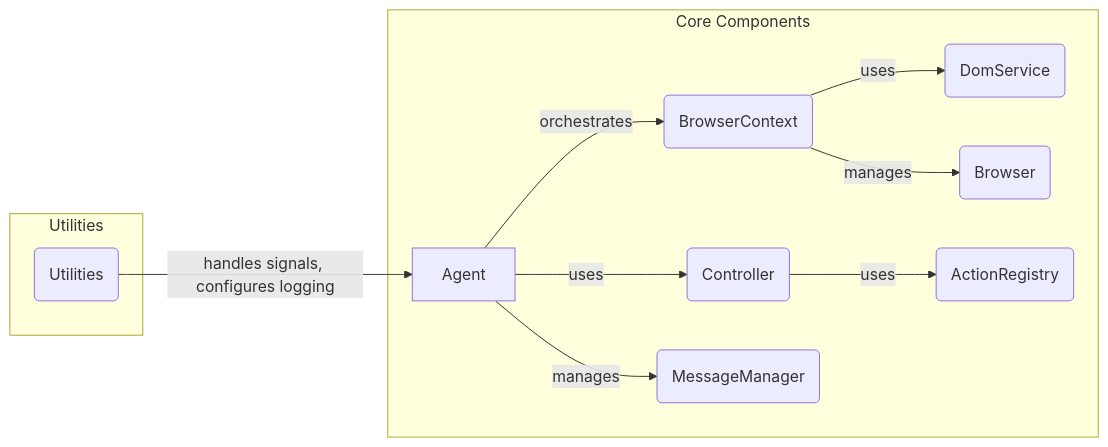
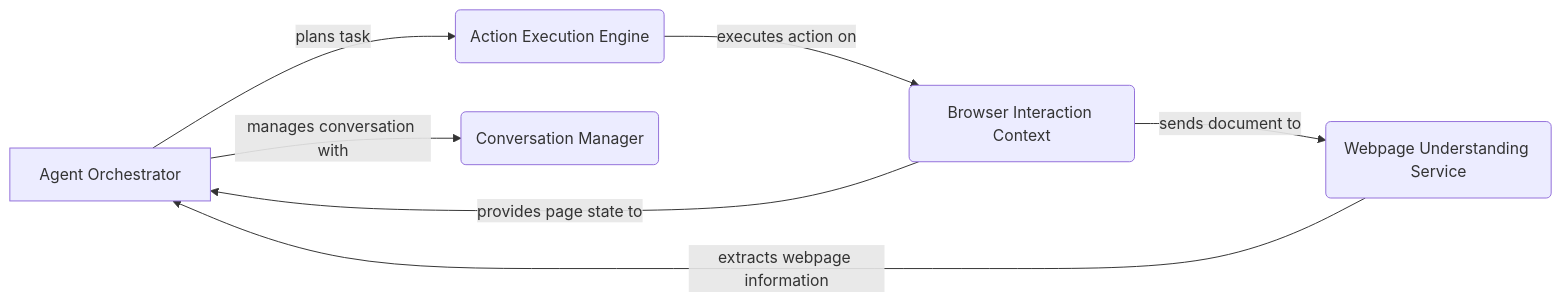
Before and after one commit to CodeBoarding/GeneratedOnBoardings: the diagram in browser-use/on_boarding.md, drawn with Mermaid. The commit also changed other lines of this file and 5 other files, not shown here.

````diff
--- a/browser-use/on_boarding.md
+++ b/browser-use/on_boarding.md
@@ -9,22 +9,9 @@
 ```mermaid
 graph LR
-    A[Agent] -- orchestrates --> B(BrowserContext)
-    A -- uses --> C(Controller)
-    A -- manages --> D(MessageManager)
-    B -- uses --> E(DomService)
-    C -- uses --> F(ActionRegistry)
-    B -- manages --> G(Browser)
-    H(Utilities) -- handles signals, configures logging --> A
-    subgraph Core Components
-    A
-    B
-    C
-    D
-    E
-    F
-    G
-    end
-    subgraph Utilities
-    H
-    end
+    A[Agent Orchestrator] -- plans task --> B(Action Execution Engine)
+    B -- executes action on --> C(Browser Interaction Context)
+    C -- provides page state to --> A
+    C -- sends document to --> D(Webpage Understanding Service)
+    D -- extracts webpage information --> A
+    A -- manages conversation with --> E(Conversation Manager)
 ```
````
